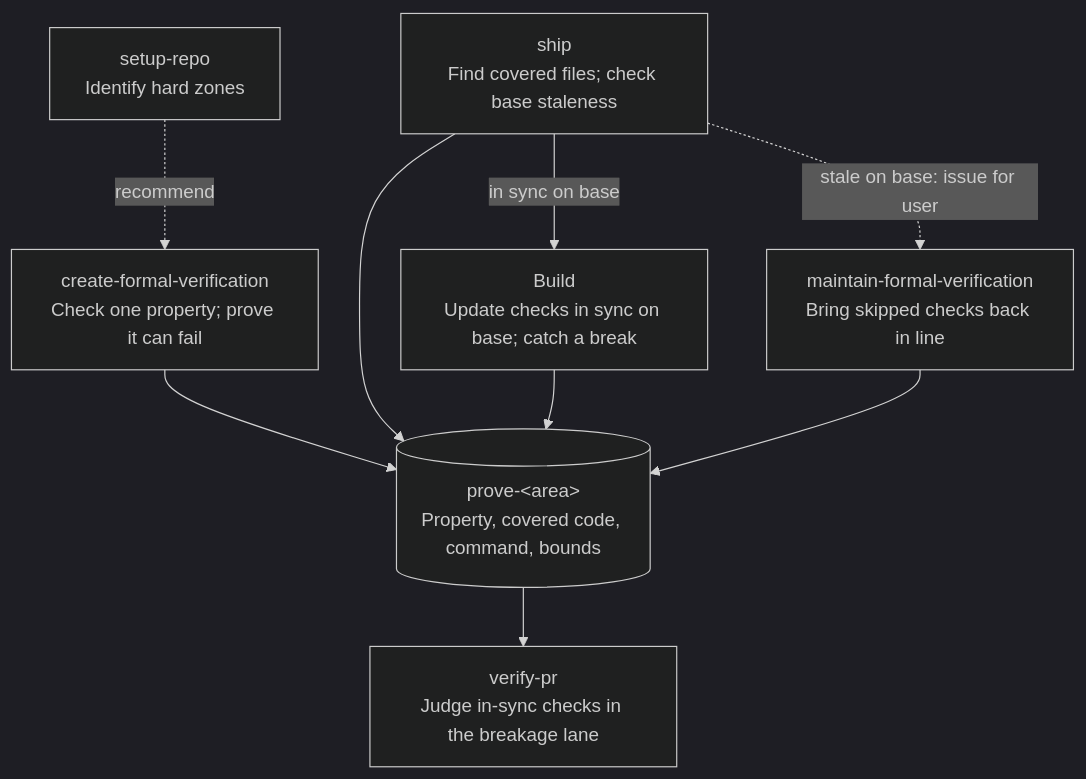
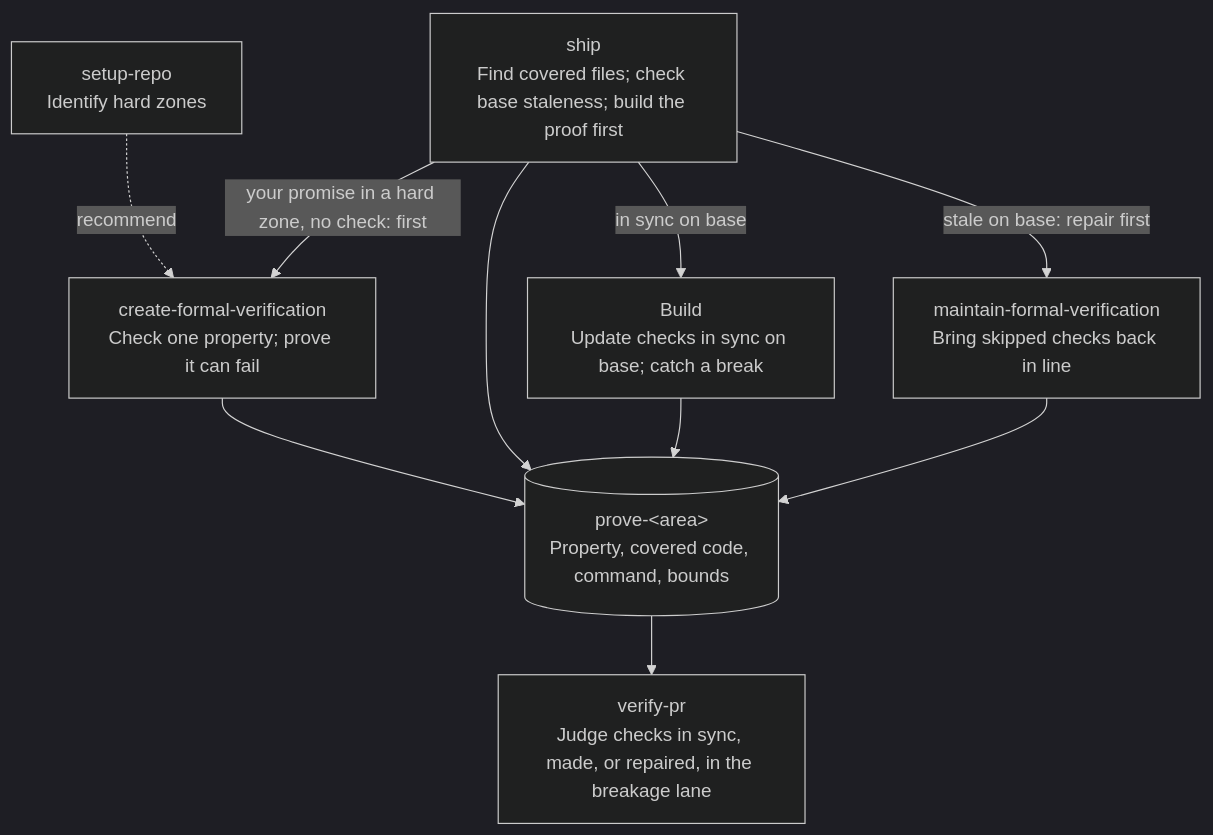
The fifth of 8 diagrams in skills/README.md (Ilian-Allaf/skillstack), drawn with Mermaid (dark theme) before and after one commit. The commit also changed other lines of this file and 4 other files, not shown here.

````diff
--- a/skills/README.md
+++ b/skills/README.md
@@ -240,18 +243,19 @@
 ```mermaid
 flowchart TB
     setup["setup-repo<br/>Identify hard zones"]
     create["create-formal-verification<br/>Check one property; prove it can fail"]
     prove[("prove-#lt;area#gt;<br/>Property, covered code, command, bounds")]
-    ship["ship<br/>Find covered files; check base staleness"]
+    ship["ship<br/>Find covered files; check base staleness; build the proof first"]
     update["Build<br/>Update checks in sync on base; catch a break"]
     maintain["maintain-formal-verification<br/>Bring skipped checks back in line"]
-    verify["verify-pr<br/>Judge in-sync checks in the breakage lane"]
+    verify["verify-pr<br/>Judge checks in sync, made, or repaired, in the breakage lane"]
     setup -.->|recommend| create
     create --> prove
     ship --> prove
     ship -->|in sync on base| update
     update --> prove
-    ship -.->|stale on base: issue for user| maintain
+    ship -->|stale on base: repair first| maintain
+    ship -->|your promise in a hard zone, no check: first| create
     maintain --> prove
     prove --> verify
 ```
````
